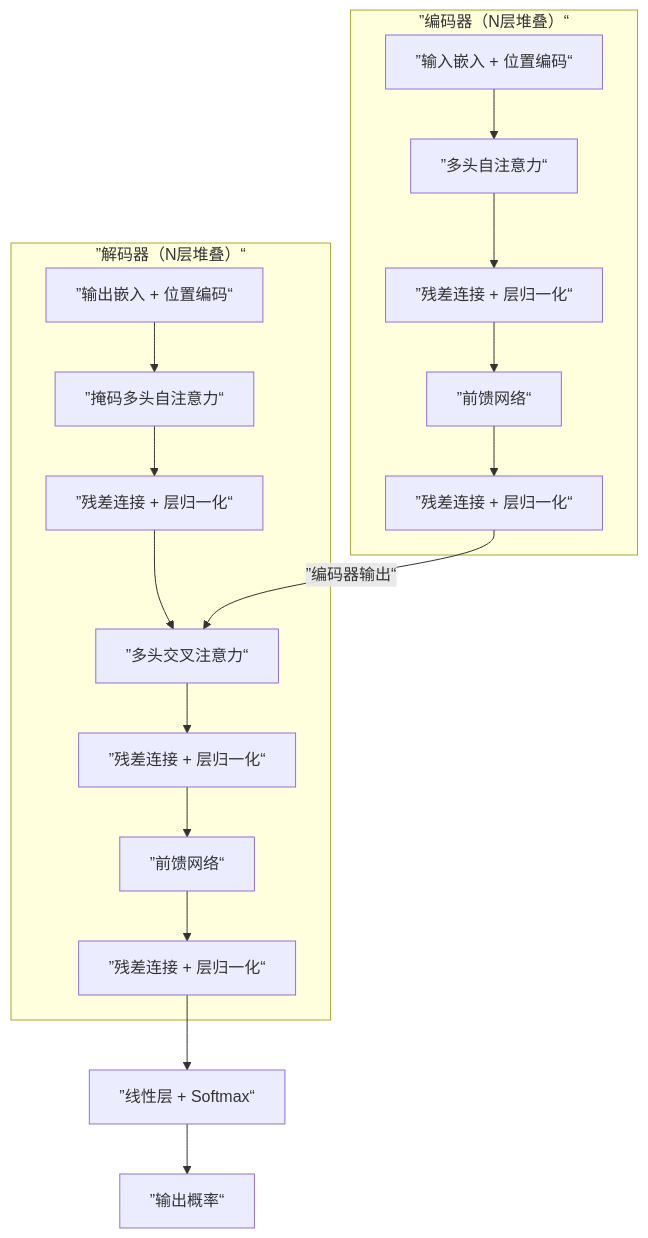
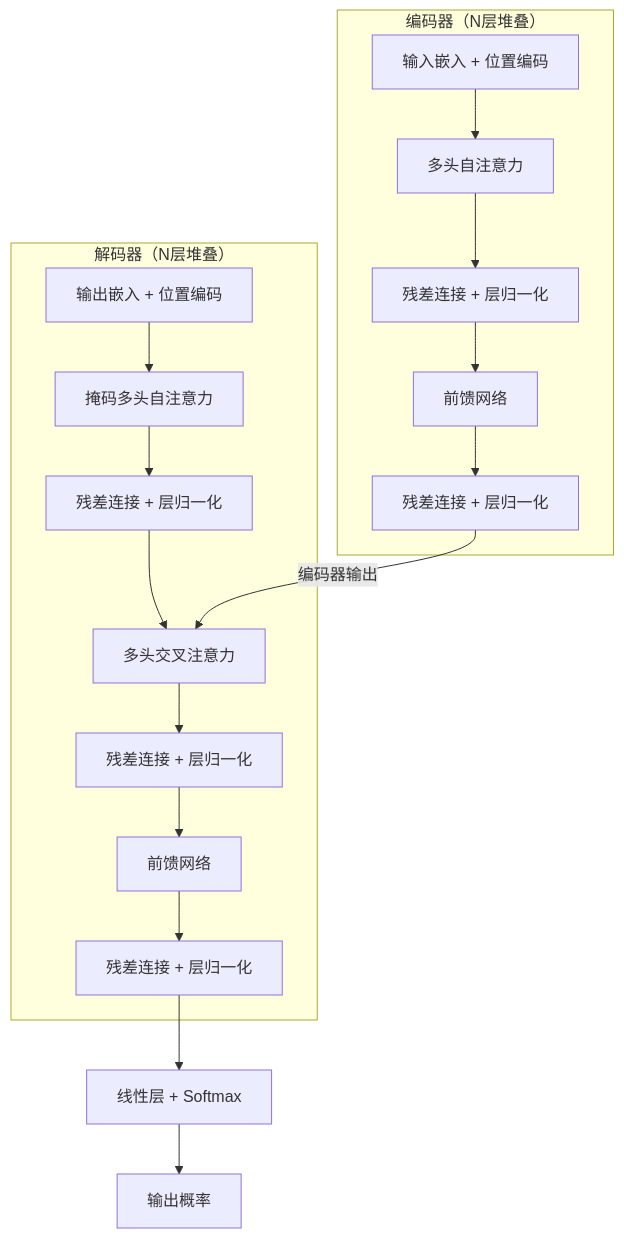
Before and after one commit to yeasy/llm_internals: the diagram in 01_introduction/1.4_transformer_idea.md, drawn with Mermaid. The commit also changed 1 other file, not shown here.

Commit message:
Fix Mermaid Chinese quotes to ASCII

````diff
--- a/01_introduction/1.4_transformer_idea.md
+++ b/01_introduction/1.4_transformer_idea.md
@@ -31,26 +31,26 @@
 ```mermaid
 graph TB
-    subgraph enc[”编码器（N层堆叠）“]
-        e_input[”输入嵌入 + 位置编码“]
-        e_sa[”多头自注意力“]
-        e_an1[”残差连接 + 层归一化“]
-        e_ff[”前馈网络“]
-        e_an2[”残差连接 + 层归一化“]
+    subgraph enc["编码器（N层堆叠）"]
+        e_input["输入嵌入 + 位置编码"]
+        e_sa["多头自注意力"]
+        e_an1["残差连接 + 层归一化"]
+        e_ff["前馈网络"]
+        e_an2["残差连接 + 层归一化"]
         e_input --> e_sa --> e_an1 --> e_ff --> e_an2
     end
 
-    subgraph dec[”解码器（N层堆叠）“]
-        d_input[”输出嵌入 + 位置编码“]
-        d_sa[”掩码多头自注意力“]
-        d_an1[”残差连接 + 层归一化“]
-        d_ca[”多头交叉注意力“]
-        d_an2[”残差连接 + 层归一化“]
-        d_ff[”前馈网络“]
-        d_an3[”残差连接 + 层归一化“]
+    subgraph dec["解码器（N层堆叠）"]
+        d_input["输出嵌入 + 位置编码"]
+        d_sa["掩码多头自注意力"]
+        d_an1["残差连接 + 层归一化"]
+        d_ca["多头交叉注意力"]
+        d_an2["残差连接 + 层归一化"]
+        d_ff["前馈网络"]
+        d_an3["残差连接 + 层归一化"]
         d_input --> d_sa --> d_an1 --> d_ca --> d_an2 --> d_ff --> d_an3
     end
 
-    e_an2 -->|”编码器输出“| d_ca
-    d_an3 --> linear[”线性层 + Softmax“]
-    linear --> output[”输出概率“]
+    e_an2 -->|"编码器输出"| d_ca
+    d_an3 --> linear["线性层 + Softmax"]
+    linear --> output["输出概率"]
 ```
````
